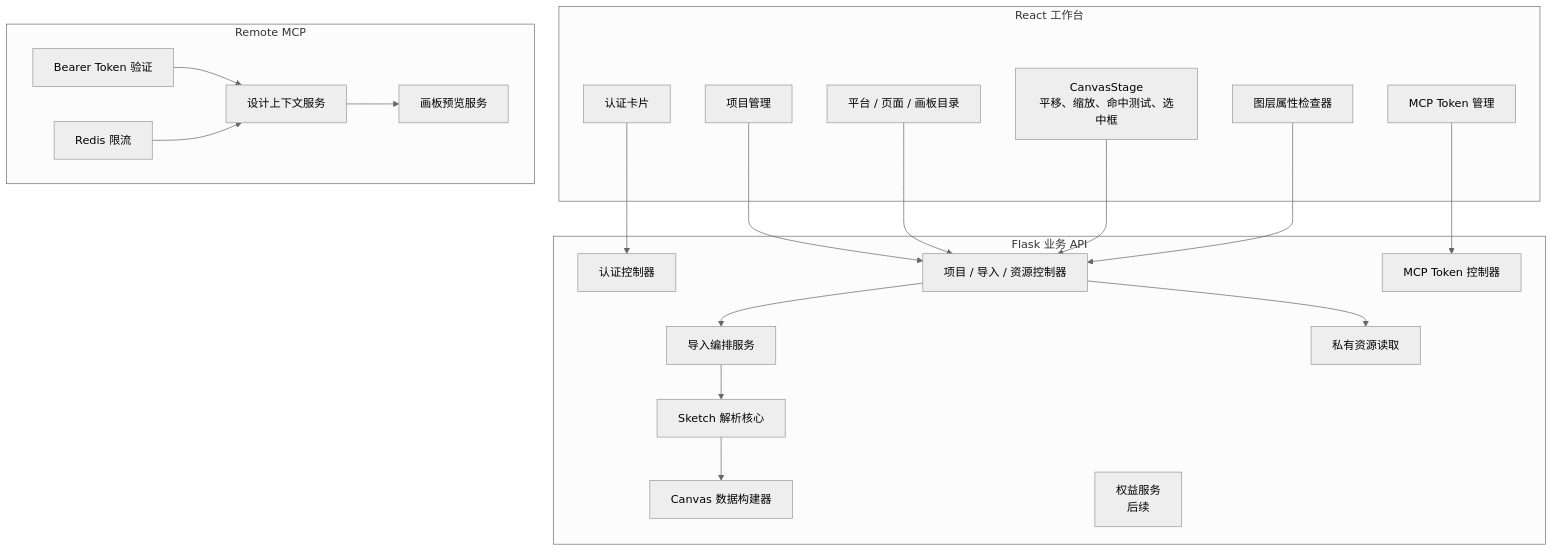
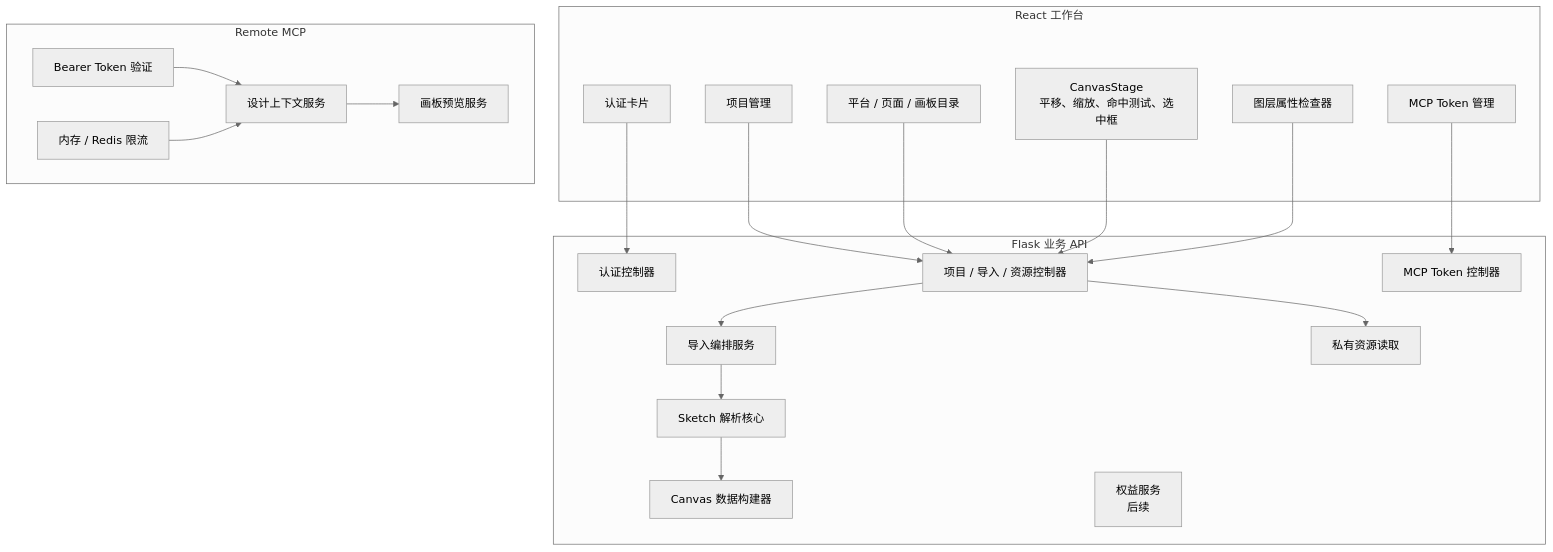
The third of 7 diagrams in docs/02_ARCHITECTURE.md (fjl-gj/sketchtoui), drawn with Mermaid (neutral theme) before and after one commit. The commit also changed other lines of this file and 21 other files, not shown here.

````diff
--- a/docs/02_ARCHITECTURE.md
+++ b/docs/02_ARCHITECTURE.md
@@ -87,43 +89,43 @@
 ```mermaid
 flowchart TB
     subgraph Frontend["React 工作台"]
         Auth["认证卡片"]
         Projects["项目管理"]
         Navigator["平台 / 页面 / 画板目录"]
         Canvas["CanvasStage\n平移、缩放、命中测试、选中框"]
         Inspector["图层属性检查器"]
         McpPanel["MCP Token 管理"]
     end
 
     subgraph Backend["Flask 业务 API"]
         AuthAPI["认证控制器"]
         ProjectAPI["项目 / 导入 / 资源控制器"]
         McpAPI["MCP Token 控制器"]
         ImportSvc["导入编排服务"]
         Parser["Sketch 解析核心"]
         CanvasBuild["Canvas 数据构建器"]
         AssetSvc["私有资源读取"]
         Entitlement["权益服务\n后续"]
     end
 
     subgraph RemoteMCP["Remote MCP"]
         TokenVerify["Bearer Token 验证"]
-        RateLimit["Redis 限流"]
+        RateLimit["内存 / Redis 限流"]
         DesignSvc["设计上下文服务"]
         PreviewSvc["画板预览服务"]
     end
 
     Auth --> AuthAPI
     Projects --> ProjectAPI
     Navigator --> ProjectAPI
     Canvas --> ProjectAPI
     Inspector --> ProjectAPI
     McpPanel --> McpAPI
     ProjectAPI --> ImportSvc
     ImportSvc --> Parser
     Parser --> CanvasBuild
     ProjectAPI --> AssetSvc
     TokenVerify --> DesignSvc
     RateLimit --> DesignSvc
     DesignSvc --> PreviewSvc
 ```
````
